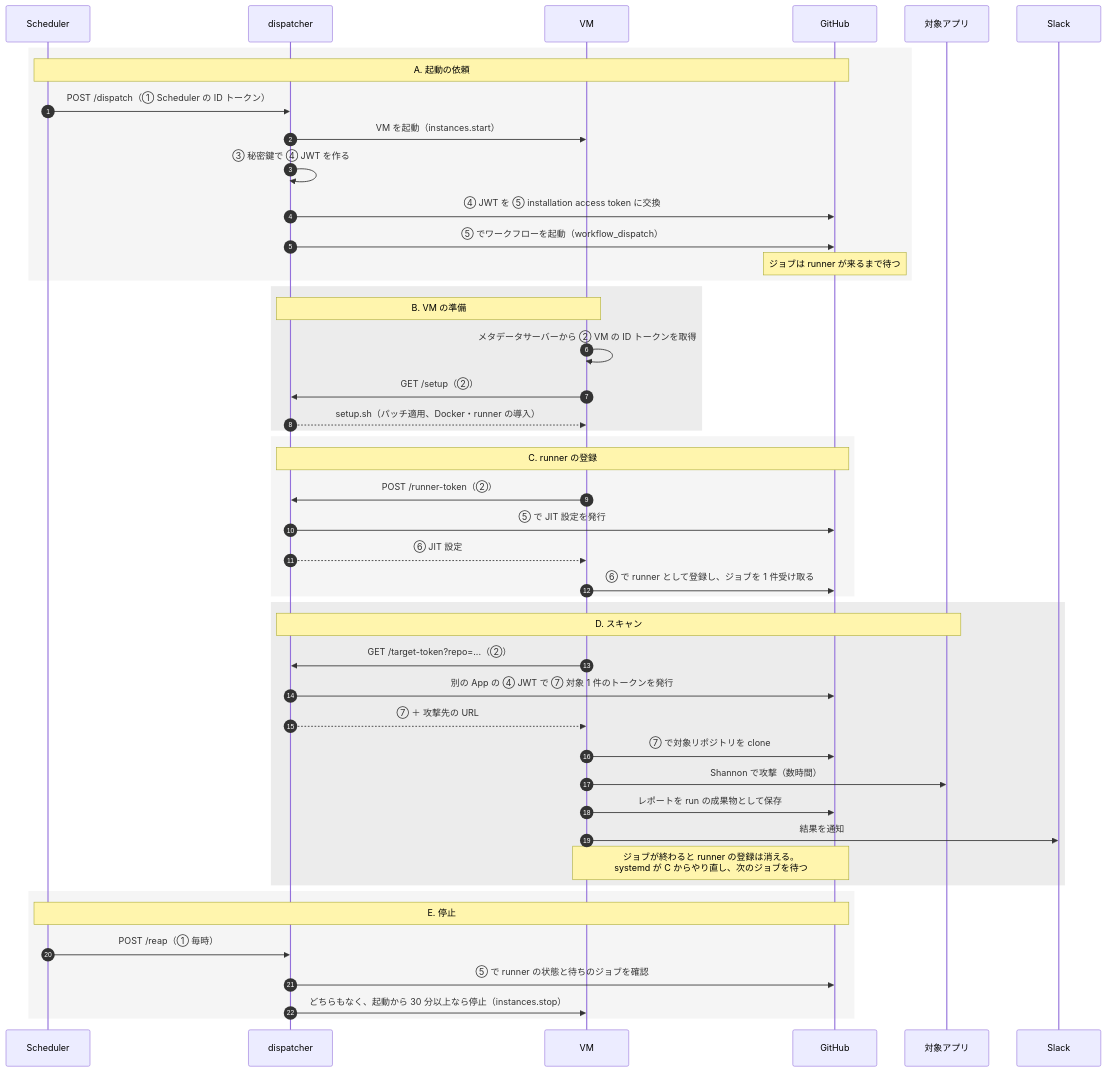
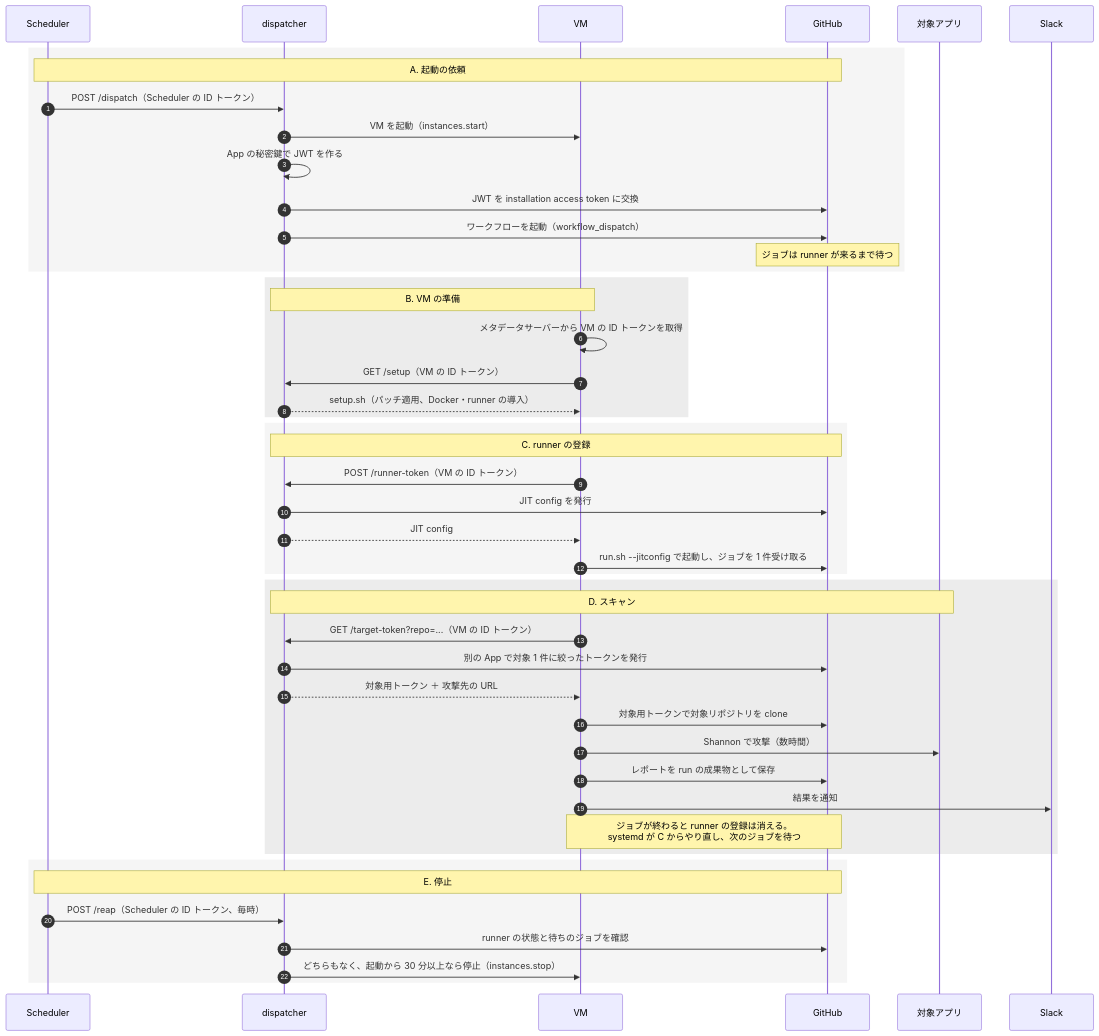
One commit to newbee1939/h6o changed the diagram in posts/shannon-runner.ja.md. Above: the diagram before and after it, drawn with Mermaid. The commit also changed other lines of this file and 1 other file, not shown here.

````diff
--- a/posts/shannon-runner.ja.md
+++ b/posts/shannon-runner.ja.md
@@ -182,54 +111,54 @@
 ```mermaid
 sequenceDiagram
   autonumber
   participant S as Scheduler
   participant D as dispatcher
   participant V as VM
   participant G as GitHub
   participant T as 対象アプリ
   participant SL as Slack
 
   rect rgba(128, 128, 128, 0.08)
     Note over S,G: A. 起動の依頼
-    S->>D: POST /dispatch（① Scheduler の ID トークン）
+    S->>D: POST /dispatch（Scheduler の ID トークン）
     D->>V: VM を起動（instances.start）
-    D->>D: ③ 秘密鍵で ④ JWT を作る
-    D->>G: ④ JWT を ⑤ installation access token に交換
-    D->>G: ⑤ でワークフローを起動（workflow_dispatch）
+    D->>D: App の秘密鍵で JWT を作る
+    D->>G: JWT を installation access token に交換
+    D->>G: ワークフローを起動（workflow_dispatch）
     Note over G: ジョブは runner が来るまで待つ
   end
 
   rect rgba(128, 128, 128, 0.15)
     Note over D,V: B. VM の準備
-    V->>V: メタデータサーバーから ② VM の ID トークンを取得
-    V->>D: GET /setup（②）
+    V->>V: メタデータサーバーから VM の ID トークンを取得
+    V->>D: GET /setup（VM の ID トークン）
     D-->>V: setup.sh（パッチ適用、Docker・runner の導入）
   end
 
   rect rgba(128, 128, 128, 0.08)
     Note over D,G: C. runner の登録
-    V->>D: POST /runner-token（②）
-    D->>G: ⑤ で JIT 設定を発行
-    D-->>V: ⑥ JIT 設定
-    V->>G: ⑥ で runner として登録し、ジョブを 1 件受け取る
+    V->>D: POST /runner-token（VM の ID トークン）
+    D->>G: JIT config を発行
+    D-->>V: JIT config
+    V->>G: run.sh --jitconfig で起動し、ジョブを 1 件受け取る
   end
 
   rect rgba(128, 128, 128, 0.15)
     Note over D,T: D. スキャン
-    V->>D: GET /target-token?repo=...（②）
-    D->>G: 別の App の ④ JWT で ⑦ 対象 1 件のトークンを発行
-    D-->>V: ⑦ ＋ 攻撃先の URL
-    V->>G: ⑦ で対象リポジトリを clone
+    V->>D: GET /target-token?repo=...（VM の ID トークン）
+    D->>G: 別の App で対象 1 件に絞ったトークンを発行
+    D-->>V: 対象用トークン ＋ 攻撃先の URL
+    V->>G: 対象用トークンで対象リポジトリを clone
     V->>T: Shannon で攻撃（数時間）
     V->>G: レポートを run の成果物として保存
     V->>SL: 結果を通知
     Note over V,G: ジョブが終わると runner の登録は消える。<br>systemd が C からやり直し、次のジョブを待つ
   end
 
   rect rgba(128, 128, 128, 0.08)
     Note over S,G: E. 停止
-    S->>D: POST /reap（① 毎時）
-    D->>G: ⑤ で runner の状態と待ちのジョブを確認
+    S->>D: POST /reap（Scheduler の ID トークン、毎時）
+    D->>G: runner の状態と待ちのジョブを確認
     D->>V: どちらもなく、起動から 30 分以上なら停止（instances.stop）
   end
 ```
````
